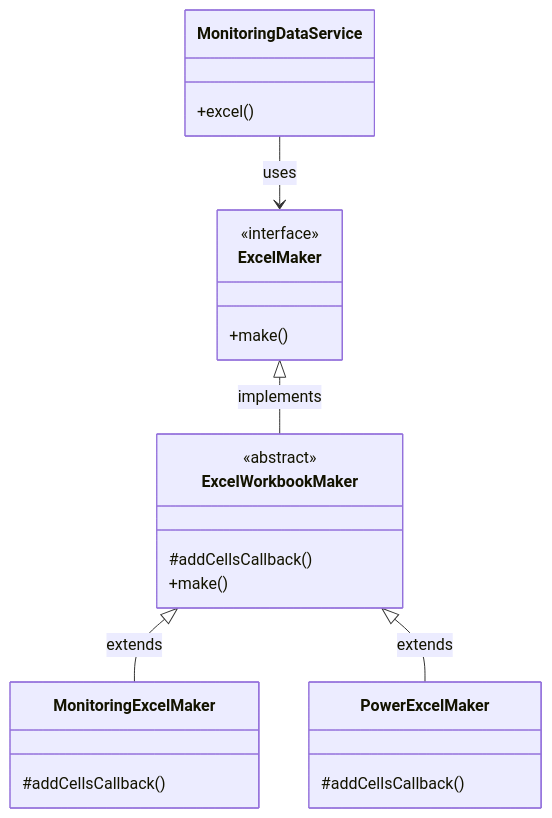
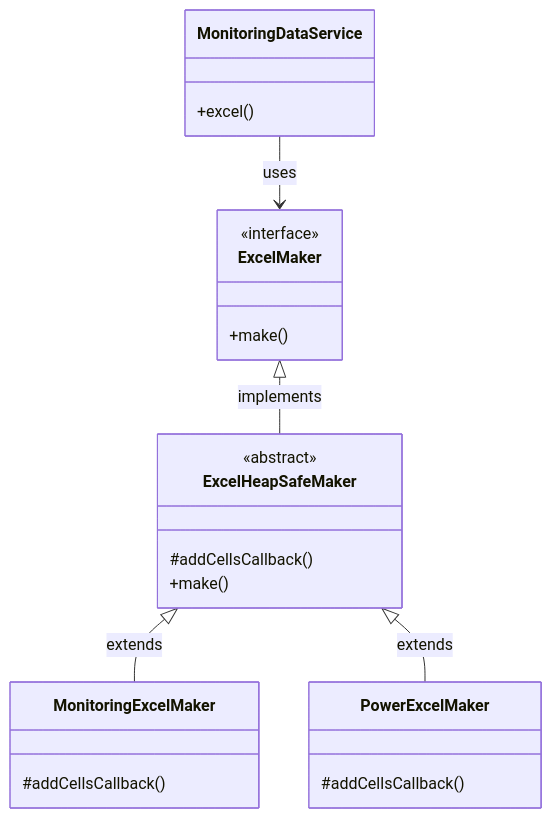
Before and after one commit to Kyeongrok/excel-exporter: the diagram in README.md, drawn with Mermaid. The commit also changed other lines of this file and 3 other files, not shown here.

````diff
--- a/README.md
+++ b/README.md
@@ -14,30 +15,30 @@
 ```mermaid
 classDiagram
     class MonitoringDataService {
         +excel()
     }
 
     class ExcelMaker {
         <<interface>>
         +make()
     }
 
-    class ExcelWorkbookMaker {
+    class ExcelHeapSafeMaker {
         <<abstract>>
         #addCellsCallback()
         +make()
     }
 
     class MonitoringExcelMaker {
         #addCellsCallback()
     }
 
     class PowerExcelMaker {
         #addCellsCallback()
     }
 
     MonitoringDataService --> ExcelMaker : uses
-    ExcelMaker <|-- ExcelWorkbookMaker : implements
-    ExcelWorkbookMaker <|-- MonitoringExcelMaker : extends
-    ExcelWorkbookMaker <|-- PowerExcelMaker : extends
+    ExcelMaker <|-- ExcelHeapSafeMaker : implements
+    ExcelHeapSafeMaker <|-- MonitoringExcelMaker : extends
+    ExcelHeapSafeMaker <|-- PowerExcelMaker : extends
 ```
````
